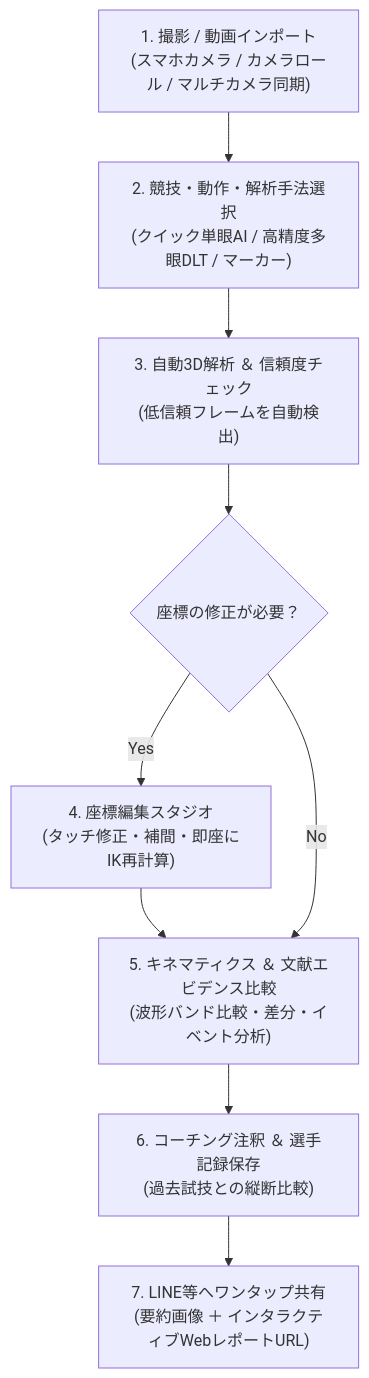
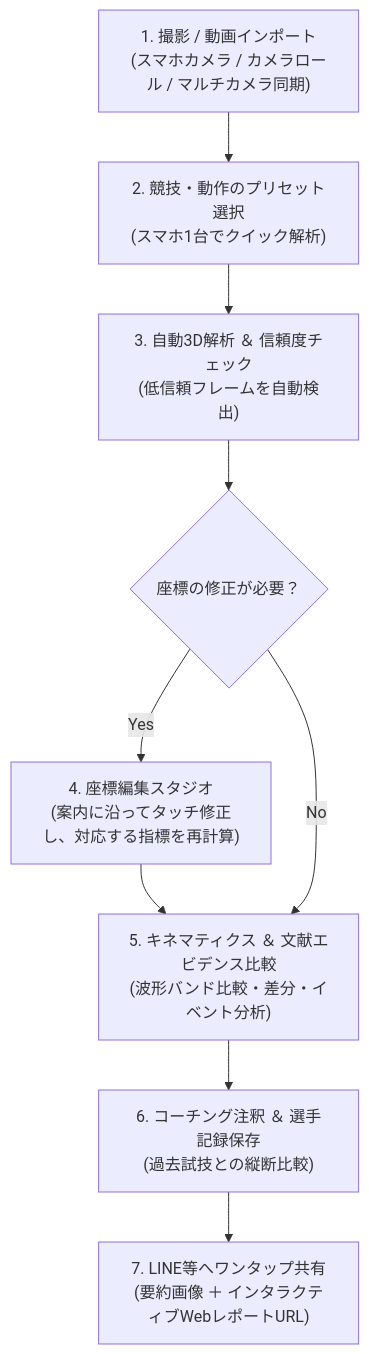
The second of 3 diagrams in docs/02-product-design.md (manabukosaka/sports-motion-app), drawn with Mermaid before and after one commit. The commit also changed other lines of this file and 2 other files, not shown here.

````diff
--- a/docs/02-product-design.md
+++ b/docs/02-product-design.md
@@ -98,11 +100,11 @@
 ```mermaid
 flowchart TD
-    S1["1. 撮影 / 動画インポート\n(スマホカメラ / カメラロール / マルチカメラ同期)"] --> S2["2. 競技・動作・解析手法選択\n(クイック単眼AI / 高精度多眼DLT / マーカー)"]
+    S1["1. 撮影 / 動画インポート\n(スマホカメラ / カメラロール / マルチカメラ同期)"] --> S2["2. 競技・動作のプリセット選択\n(スマホ1台でクイック解析)"]
     S2 --> S3["3. 自動3D解析 ＆ 信頼度チェック\n(低信頼フレームを自動検出)"]
     S3 --> S4{"座標の修正が必要？"}
-    S4 -- Yes --> S5["4. 座標編集スタジオ\n(タッチ修正・補間・即座にIK再計算)"]
+    S4 -- Yes --> S5["4. 座標編集スタジオ\n(案内に沿ってタッチ修正し、対応する指標を再計算)"]
     S5 --> S6["5. キネマティクス ＆ 文献エビデンス比較\n(波形バンド比較・差分・イベント分析)"]
     S4 -- No --> S6
     S6 --> S7["6. コーチング注釈 ＆ 選手記録保存\n(過去試技との縦断比較)"]
     S7 --> S8["7. LINE等へワンタップ共有\n(要約画像 ＋ インタラクティブWebレポートURL)"]
 ```
````
